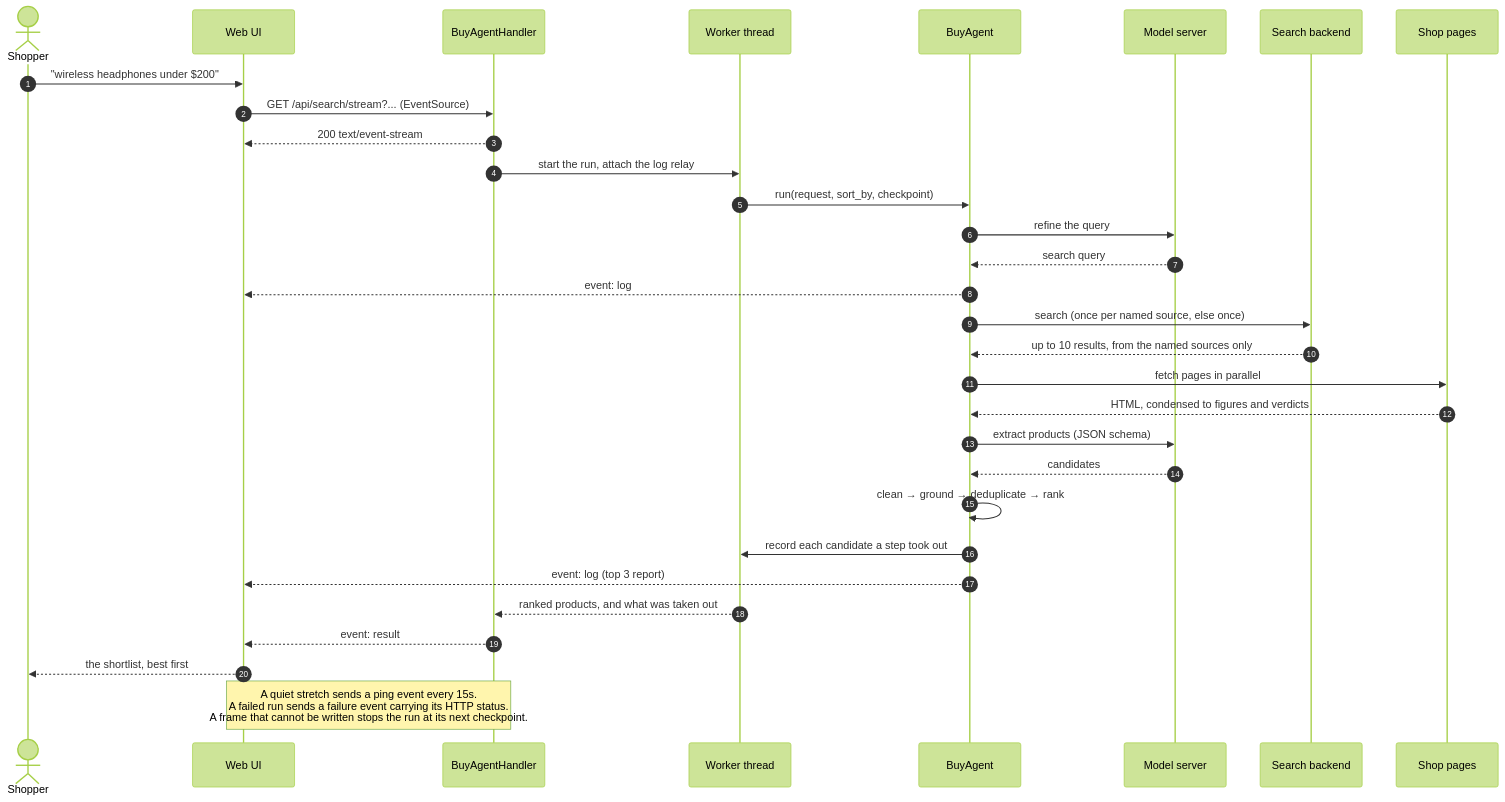
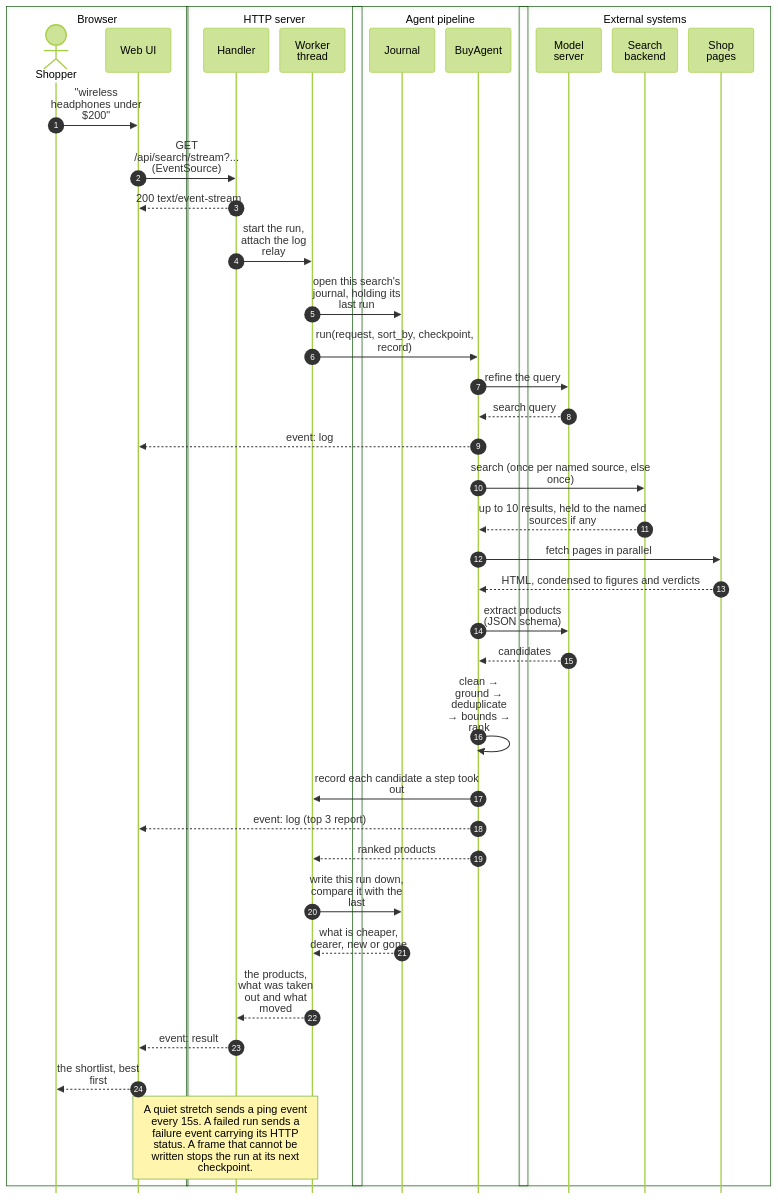
One commit to adamw7/buy_agent changed diagram 11 of 11 in docs/architecture.md. Above: the diagram before and after it, drawn with Mermaid (forest theme). The commit also changed other lines of this file, not shown here.

First line of the commit message:
Bring the C4 diagrams in step with the benchmark page and the options table (#284)

````diff
--- a/docs/architecture.md
+++ b/docs/architecture.md
@@ -313,34 +632,55 @@
 ```mermaid
+---
+config:
+  sequence:
+    mirrorActors: false
+    actorMargin: 16
+    width: 96
+    wrap: true
+---
 sequenceDiagram
     autonumber
-    actor S as Shopper
-    participant UI as Web UI
-    participant H as BuyAgentHandler
-    participant W as Worker thread
-    participant A as BuyAgent
-    participant O as Model server
-    participant D as Search backend
-    participant P as Shop pages
+    box Browser
+        actor S as Shopper
+        participant UI as Web UI
+    end
+    box HTTP server
+        participant H as Handler
+        participant W as Worker thread
+    end
+    box Agent pipeline
+        participant J as Journal
+        participant A as BuyAgent
+    end
+    box External systems
+        participant O as Model server
+        participant D as Search backend
+        participant P as Shop pages
+    end
 
     S->>UI: "wireless headphones under $200"
     UI->>H: GET /api/search/stream?... (EventSource)
     H-->>UI: 200 text/event-stream
     H->>W: start the run, attach the log relay
-    W->>A: run(request, sort_by, checkpoint)
+    W->>J: open this search's journal, holding its last run
+    W->>A: run(request, sort_by, checkpoint, record)
     A->>O: refine the query
     O-->>A: search query
     A-->>UI: event: log
     A->>D: search (once per named source, else once)
-    D-->>A: up to 10 results, from the named sources only
+    D-->>A: up to 10 results, held to the named sources if any
     A->>P: fetch pages in parallel
     P-->>A: HTML, condensed to figures and verdicts
     A->>O: extract products (JSON schema)
     O-->>A: candidates
-    A->>A: clean → ground → deduplicate → rank
+    A->>A: clean → ground → deduplicate → bounds → rank
     A->>W: record each candidate a step took out
     A-->>UI: event: log (top 3 report)
-    W-->>H: ranked products, and what was taken out
+    A-->>W: ranked products
+    W->>J: write this run down, compare it with the last
+    J-->>W: what is cheaper, dearer, new or gone
+    W-->>H: the products, what was taken out and what moved
     H-->>UI: event: result
     UI-->>S: the shortlist, best first
-    Note over H,UI: A quiet stretch sends a ping event every 15s.<br/>A failed run sends a failure event carrying its HTTP status.<br/>A frame that cannot be written stops the run at its next checkpoint.
+    Note over UI,W: A quiet stretch sends a ping event every 15s. A failed run sends a failure event carrying its HTTP status. A frame that cannot be written stops the run at its next checkpoint.
 ```
````
